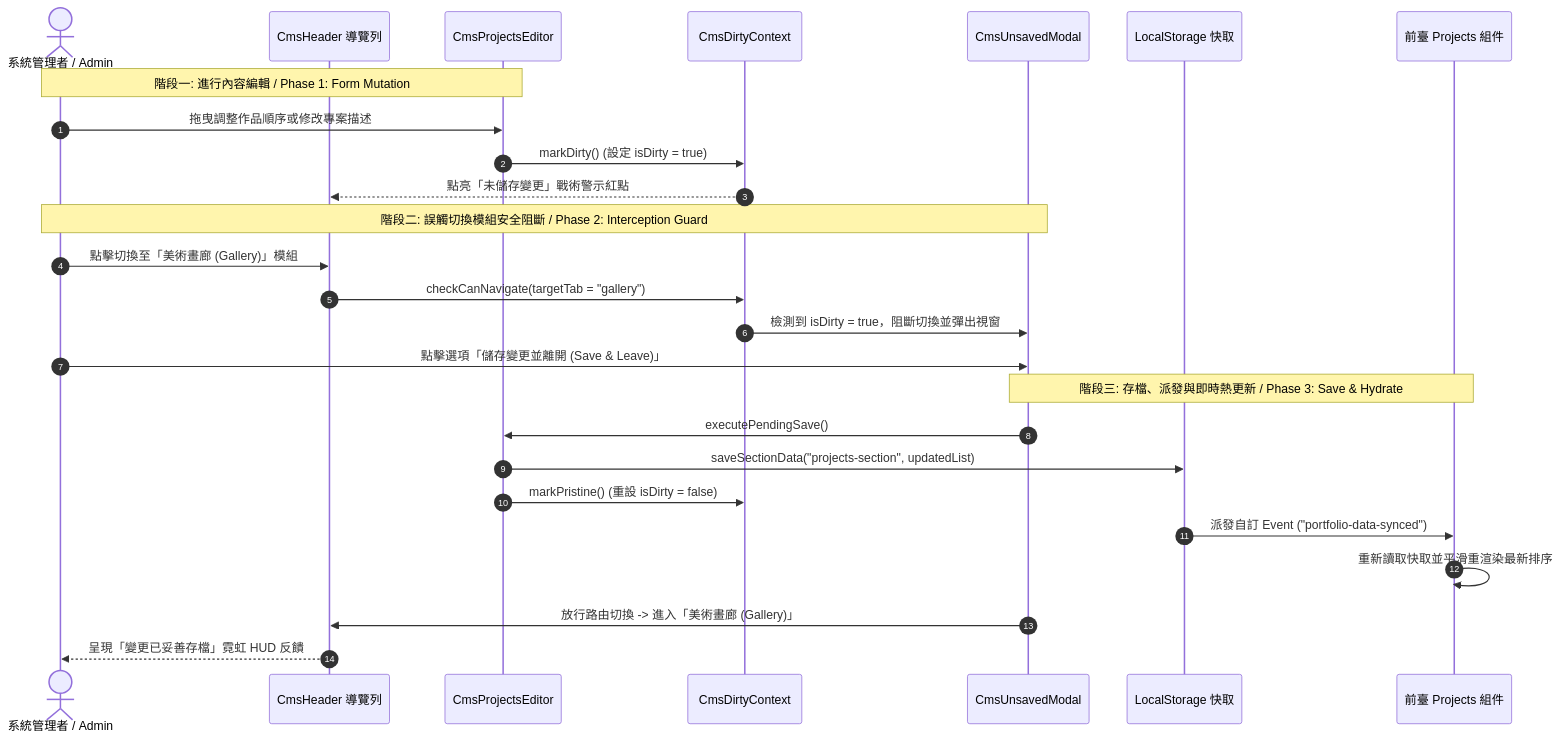
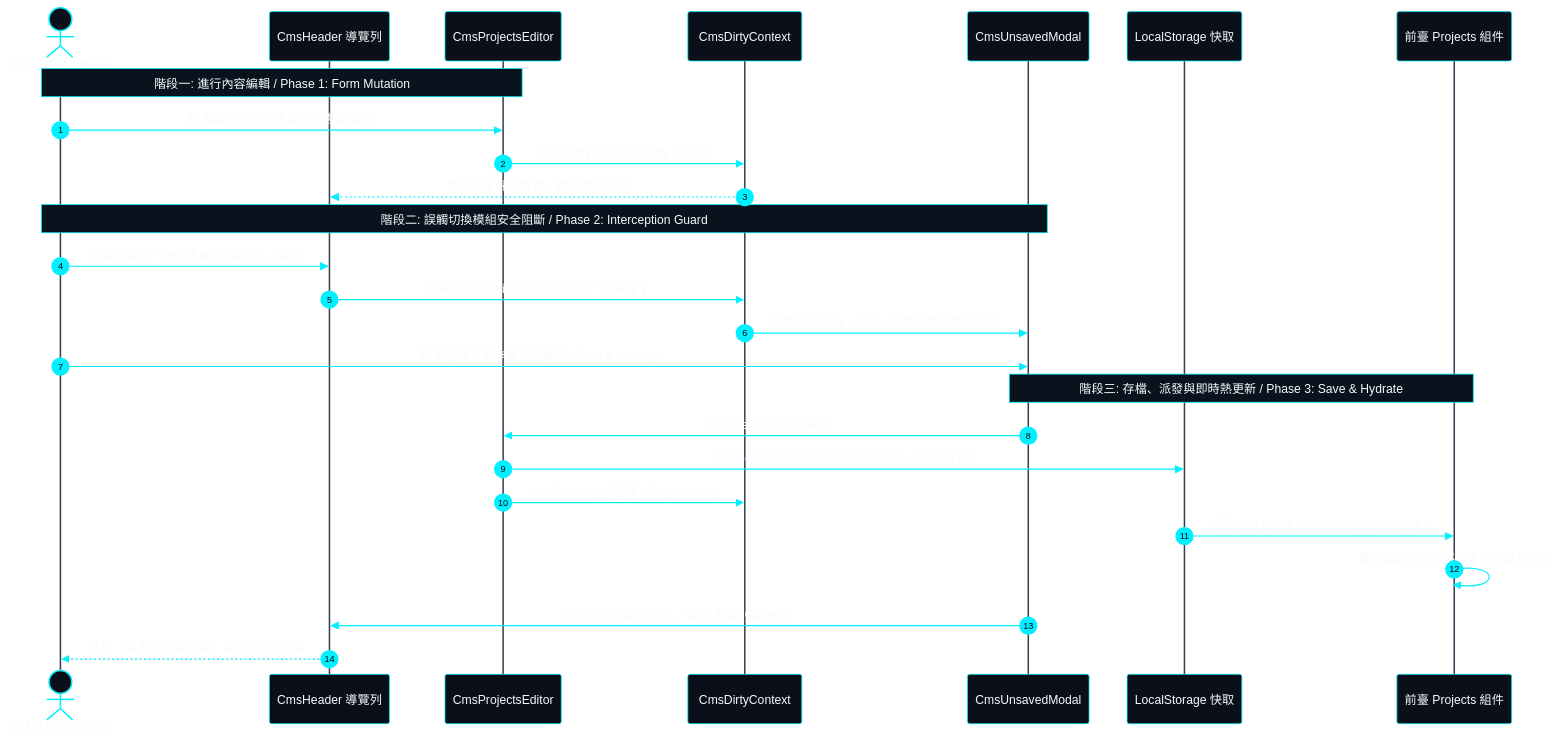
The fourth of 4 diagrams in docs/system-design/07-uml-diagrams.md (EricXJason/my-portfolio-website), drawn with Mermaid before and after one commit. The commit also changed other lines of this file and 11 other files, not shown here.

Commit message:
feat: harmonize architecture diagrams, formalize developer preferences, and consolidate README specifications

````diff
--- a/docs/system-design/07-uml-diagrams.md
+++ b/docs/system-design/07-uml-diagrams.md
@@ -260,31 +332,50 @@
 ```mermaid
+%%{init: {
+  'theme': 'base',
+  'themeVariables': {
+    'darkMode': true,
+    'background': '#030712',
+    'actorBkg': '#0b0f19',
+    'actorBorder': '#00f0ff',
+    'actorTextColor': '#f8fafc',
+    'actorLineColor': '#334155',
+    'signalColor': '#00f0ff',
+    'signalTextColor': '#f8fafc',
+    'labelBoxBkgColor': '#0b0f19',
+    'labelBoxBorderColor': '#00f0ff',
+    'labelTextColor': '#f8fafc',
+    'noteBorderColor': '#00f0ff',
+    'noteBkgColor': '#08131e',
+    'noteTextColor': '#f8fafc'
+  }
+}}%%
 sequenceDiagram
     autonumber
     actor Admin as 系統管理者 / Admin
     participant Header as CmsHeader 導覽列
     participant Editor as CmsProjectsEditor
     participant DirtyCtx as CmsDirtyContext
     participant Modal as CmsUnsavedModal
     participant Storage as LocalStorage 快取
     participant View as 前臺 Projects 組件
 
     Note over Admin,Editor: 階段一: 進行內容編輯 / Phase 1: Form Mutation
     Admin->>Editor: 拖曳調整作品順序或修改專案描述
     Editor->>DirtyCtx: markDirty() (設定 isDirty = true)
     DirtyCtx-->>Header: 點亮「未儲存變更」戰術警示紅點
     
     Note over Admin,Modal: 階段二: 誤觸切換模組安全阻斷 / Phase 2: Interception Guard
     Admin->>Header: 點擊切換至「美術畫廊 (Gallery)」模組
     Header->>DirtyCtx: checkCanNavigate(targetTab = "gallery")
     DirtyCtx->>Modal: 檢測到 isDirty = true，阻斷切換並彈出視窗
     Admin->>Modal: 點擊選項「儲存變更並離開 (Save & Leave)」
     
     Note over Modal,View: 階段三: 存檔、派發與即時熱更新 / Phase 3: Save & Hydrate
     Modal->>Editor: executePendingSave()
     Editor->>Storage: saveSectionData("projects-section", updatedList)
     Editor->>DirtyCtx: markPristine() (重設 isDirty = false)
     Storage->>View: 派發自訂 Event ("portfolio-data-synced")
     View->>View: 重新讀取快取並平滑重渲染最新排序
     Modal->>Header: 放行路由切換 -> 進入「美術畫廊 (Gallery)」
     Header-->>Admin: 呈現「變更已妥善存檔」霓虹 HUD 反饋
 ```
````
